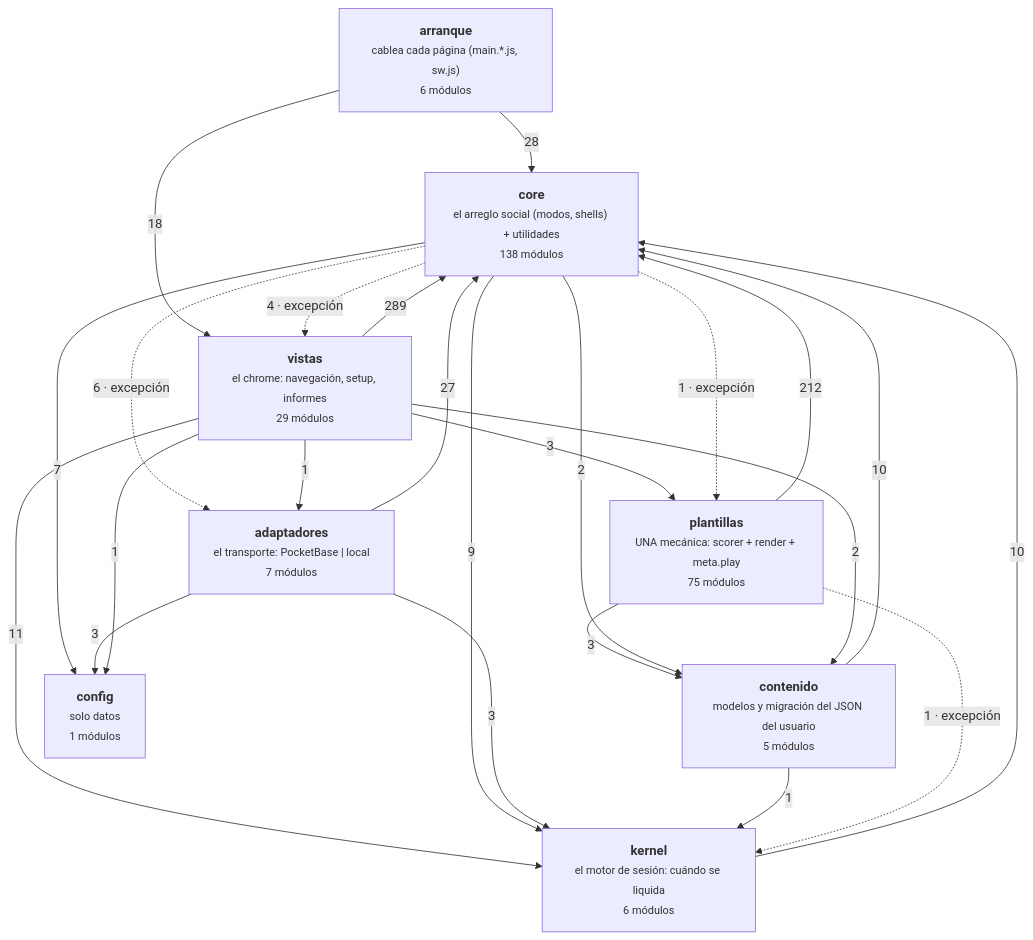
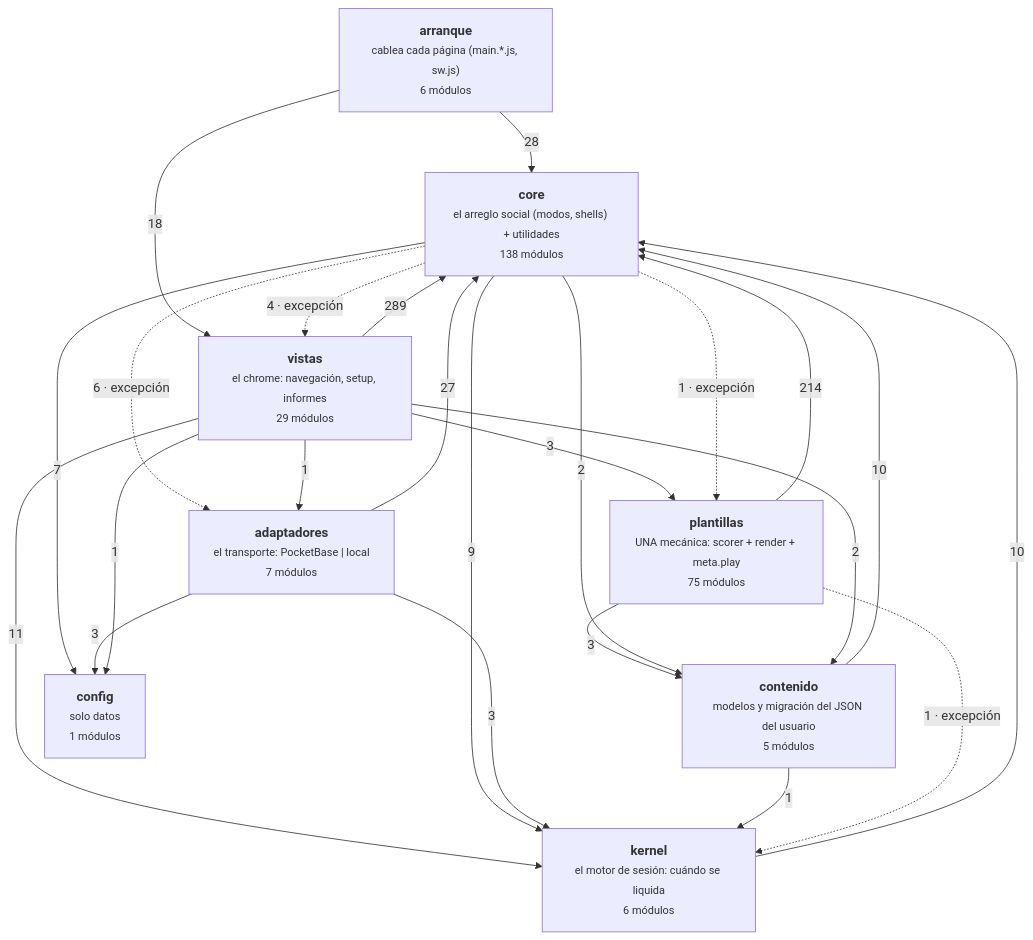
The diagram in docs/arquitectura-modulos.md (duecaz/ac), drawn with Mermaid before and after one commit. The commit also changed other lines of this file and 7 other files, not shown here.

````diff
--- a/docs/arquitectura-modulos.md
+++ b/docs/arquitectura-modulos.md
@@ -56,34 +56,34 @@
 ```mermaid
 graph TD
   A["<b>arranque</b><br/><small>cablea cada página (main.*.js, sw.js)</small><br/><small>6 módulos</small>"]
   V["<b>vistas</b><br/><small>el chrome: navegación, setup, informes</small><br/><small>29 módulos</small>"]
   AD["<b>adaptadores</b><br/><small>el transporte: PocketBase | local</small><br/><small>7 módulos</small>"]
   C["<b>core</b><br/><small>el arreglo social (modos, shells) + utilidades</small><br/><small>138 módulos</small>"]
   K["<b>kernel</b><br/><small>el motor de sesión: cuándo se liquida</small><br/><small>6 módulos</small>"]
   T["<b>plantillas</b><br/><small>UNA mecánica: scorer + render + meta.play</small><br/><small>75 módulos</small>"]
   CO["<b>contenido</b><br/><small>modelos y migración del JSON del usuario</small><br/><small>5 módulos</small>"]
   CF["<b>config</b><br/><small>solo datos</small><br/><small>1 módulos</small>"]
   V -->|289| C
-  T -->|212| C
+  T -->|214| C
   A -->|28| C
   AD -->|27| C
   A -->|18| V
   V -->|11| K
   CO -->|10| C
   K -->|10| C
   C -->|9| K
   C -->|7| CF
   C -.->|6 · excepción| AD
   C -.->|4 · excepción| V
   AD -->|3| CF
   AD -->|3| K
   T -->|3| CO
   V -->|3| T
   C -->|2| CO
   V -->|2| CO
   C -.->|1 · excepción| T
   CO -->|1| K
   T -.->|1 · excepción| K
   V -->|1| AD
   V -->|1| CF
 ```
````
